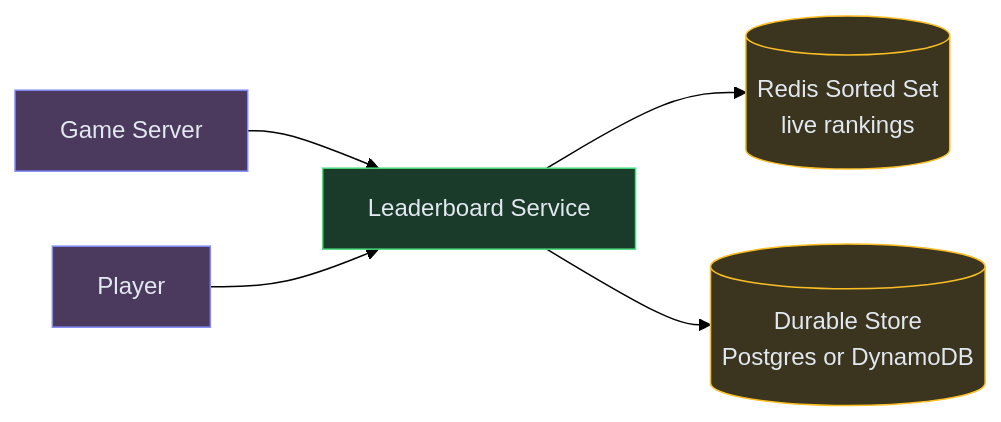
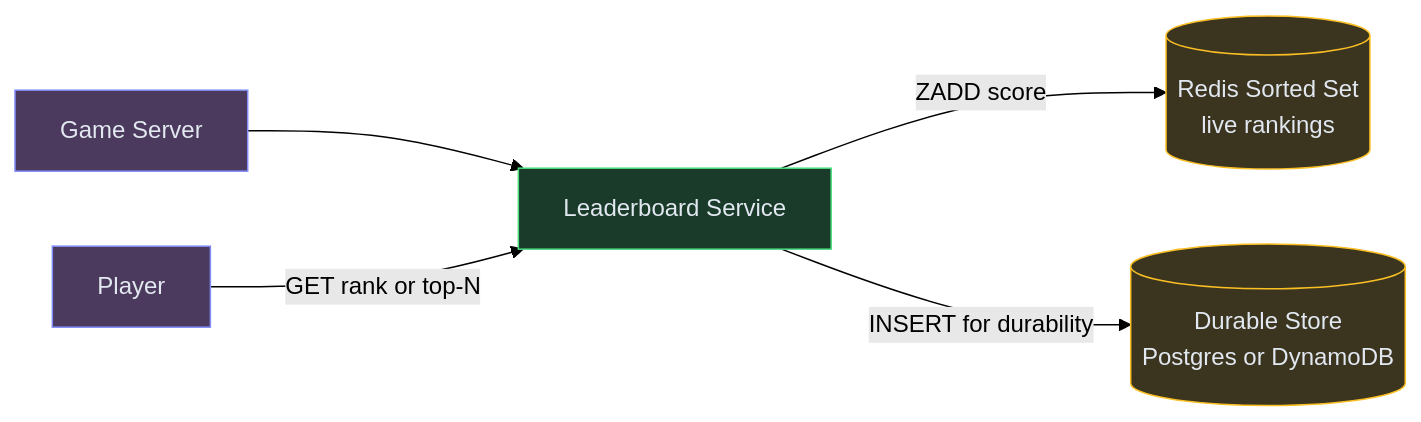
Before and after one commit to iluzn/HLD-Designs: the fourth of 7 diagrams in content/hld/Leaderboard.md, drawn with Mermaid (forest theme). The commit also changed 1 other file, not shown here.

Commit message:
fix(diagrams): Improve light-theme colors + add arrow labels to Leaderboard
Light theme: stronger node fills (e0e7ff), darker border (4f46e5),
visible edge lines (475569), clean label backgrounds (f8fafc).

Leaderboard: added descriptive edge labels (ZADD score, INSERT for
durability, GET rank or top-N) to the main diagram as an example of
the more descriptive arrow style.

````diff
--- a/content/hld/Leaderboard.md
+++ b/content/hld/Leaderboard.md
@@ -208,17 +208,17 @@
 ```mermaid
 flowchart LR
     GAME["Game Server"]:::client
     API["Leaderboard Service"]:::service
     REDIS[("Redis Sorted Set<br/>live rankings")]:::data
     DB[("Durable Store<br/>Postgres or DynamoDB")]:::data
     USER["Player"]:::client
 
     GAME --> API
-    API --> REDIS
-    API --> DB
-    USER --> API
+    API -->|"ZADD score"| REDIS
+    API -->|"INSERT for durability"| DB
+    USER -->|"GET rank or top-N"| API
 
     classDef client fill:#4c3a5e,stroke:#818cf8,color:#e2e8f0
     classDef service fill:#1a3a2a,stroke:#4ade80,color:#e2e8f0
     classDef data fill:#3b3520,stroke:#fbbf24,color:#e2e8f0
 ```
````
